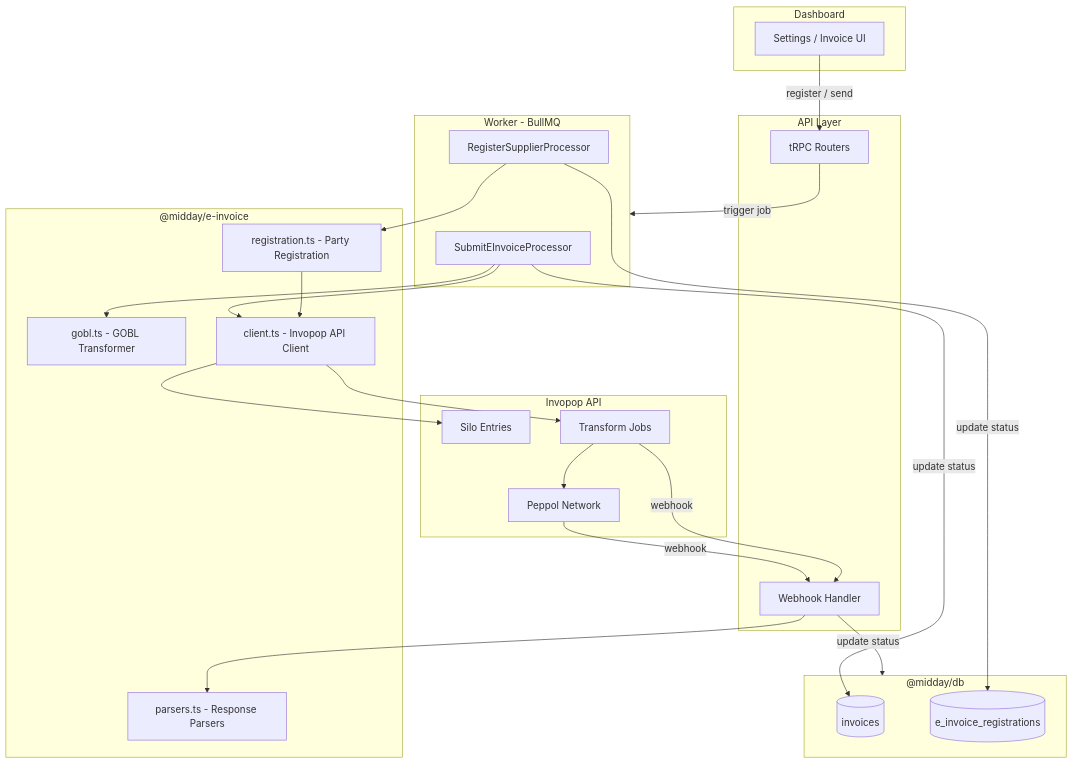
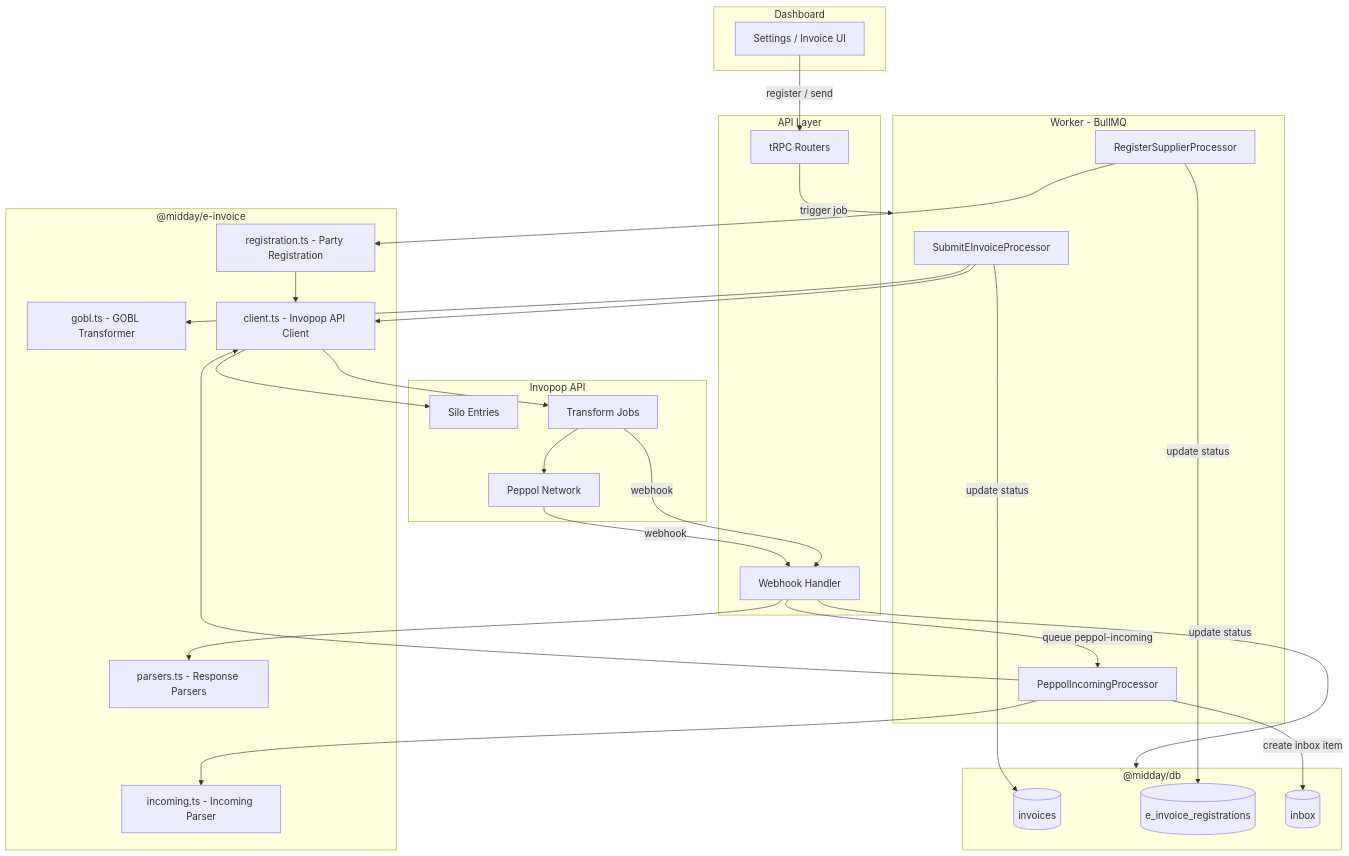
Before and after one commit to midday-ai/midday: the first of 4 diagrams in packages/e-invoice/README.md, drawn with Mermaid. The commit also changed other lines of this file and 39 other files, not shown here.

````diff
--- a/packages/e-invoice/README.md
+++ b/packages/e-invoice/README.md
@@ -44,50 +45,57 @@
 ```mermaid
 flowchart TB
     subgraph dashboard [Dashboard]
         UI[Settings / Invoice UI]
     end
 
     subgraph api [API Layer]
         TRPC[tRPC Routers]
         WH[Webhook Handler]
     end
 
     subgraph worker [Worker - BullMQ]
         SE[SubmitEInvoiceProcessor]
         RS[RegisterSupplierProcessor]
+        PI[PeppolIncomingProcessor]
     end
 
     subgraph einvoice ["@midday/e-invoice"]
         GOBL[gobl.ts - GOBL Transformer]
         CLIENT[client.ts - Invopop API Client]
         REG[registration.ts - Party Registration]
+        INC[incoming.ts - Incoming Parser]
         PARSE[parsers.ts - Response Parsers]
     end
 
     subgraph invopop [Invopop API]
         SILO[Silo Entries]
         JOBS[Transform Jobs]
         PEPPOL[Peppol Network]
     end
 
     subgraph db ["@midday/db"]
         INV[(invoices)]
         EREG[(e_invoice_registrations)]
+        INBOX[(inbox)]
     end
 
     UI -->|"register / send"| TRPC
     TRPC -->|trigger job| worker
     SE --> GOBL
     SE --> CLIENT
     RS --> REG
     REG --> CLIENT
     CLIENT --> SILO
     CLIENT --> JOBS
     JOBS --> PEPPOL
     PEPPOL -->|webhook| WH
     JOBS -->|webhook| WH
     WH --> PARSE
+    WH -->|"queue peppol-incoming"| PI
     WH -->|update status| db
+    PI --> INC
+    PI --> CLIENT
+    PI -->|"create inbox item"| INBOX
     SE -->|update status| INV
     RS -->|update status| EREG
 ```
````
